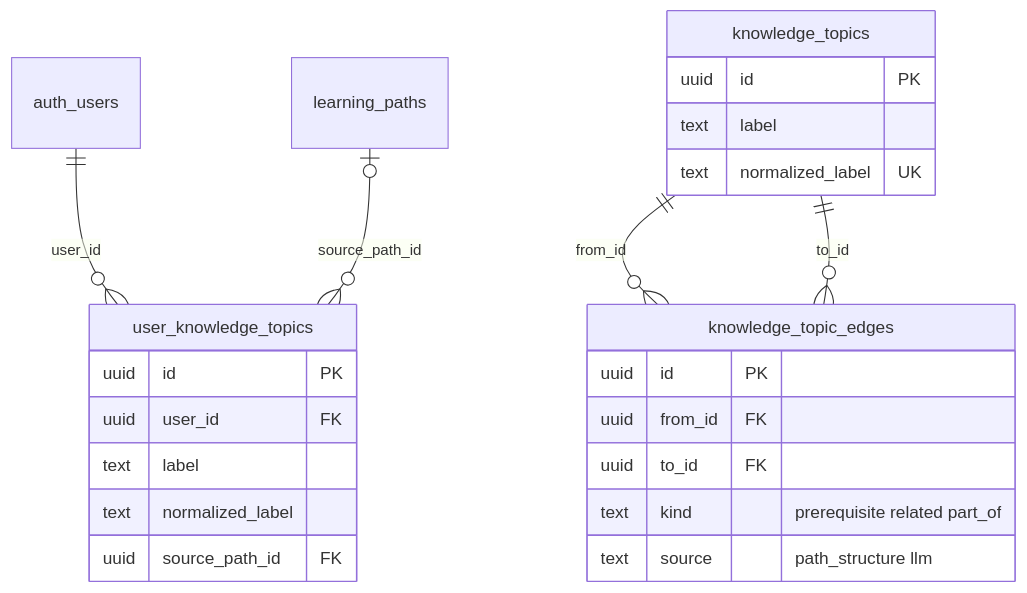
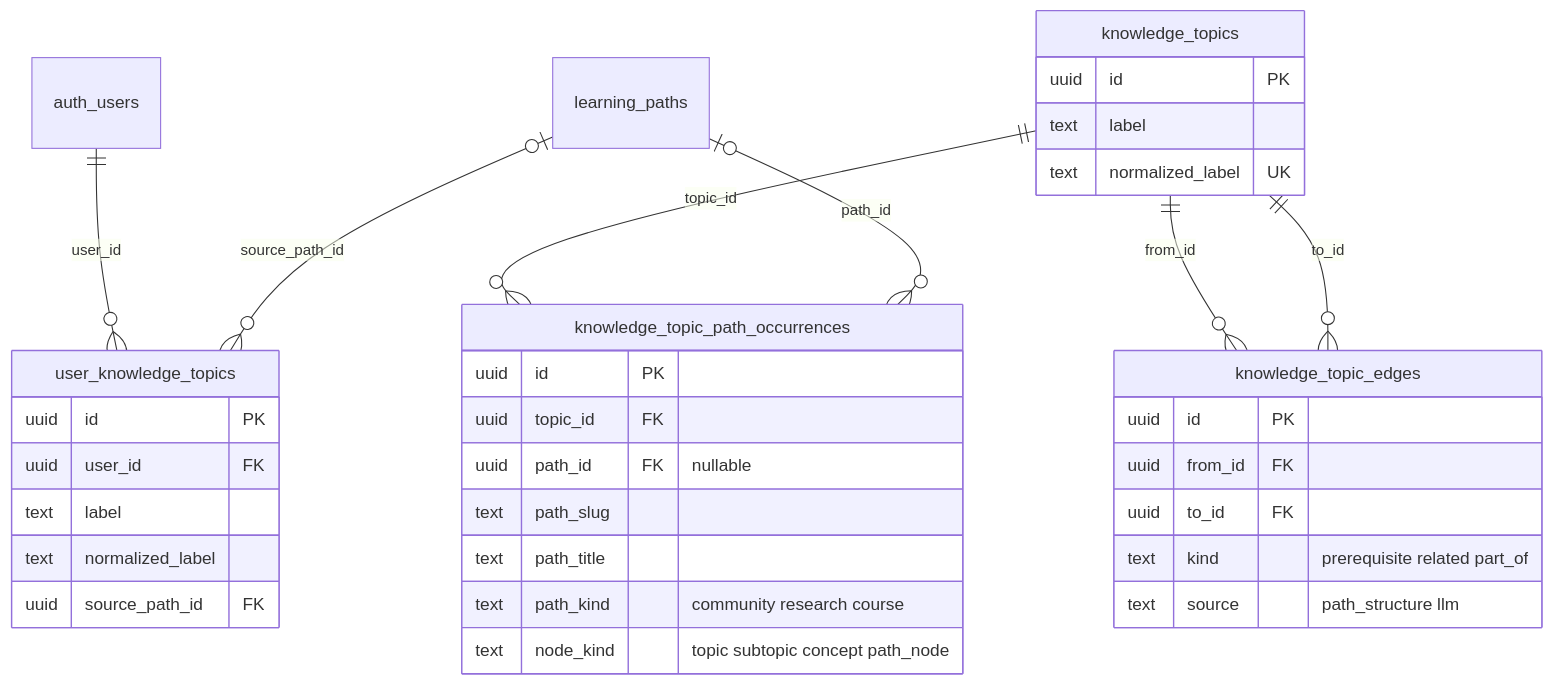
One commit to coursetexts/notion-site changed the eighth of 10 diagrams in docs/database.md. Above: the diagram before and after it, drawn with Mermaid. The commit also changed other lines of this file and 33 other files, not shown here.

Commit message:
Make the catalog type a visible filter on /all-courses, and ship a public knowledge-graph snapshot so recurring topics can be browsed without harvesting on load.

````diff
--- a/docs/database.md
+++ b/docs/database.md
@@ -453,29 +456,41 @@
 ```mermaid
 erDiagram
   auth_users ||--o{ user_knowledge_topics : "user_id"
   learning_paths |o--o{ user_knowledge_topics : "source_path_id"
   knowledge_topics ||--o{ knowledge_topic_edges : "from_id"
   knowledge_topics ||--o{ knowledge_topic_edges : "to_id"
+  knowledge_topics ||--o{ knowledge_topic_path_occurrences : "topic_id"
+  learning_paths |o--o{ knowledge_topic_path_occurrences : "path_id"
 
   user_knowledge_topics {
     uuid id PK
     uuid user_id FK
     text label
     text normalized_label
     uuid source_path_id FK
   }
 
   knowledge_topics {
     uuid id PK
     text label
     text normalized_label UK
   }
 
   knowledge_topic_edges {
     uuid id PK
     uuid from_id FK
     uuid to_id FK
     text kind "prerequisite related part_of"
     text source "path_structure llm"
   }
+
+  knowledge_topic_path_occurrences {
+    uuid id PK
+    uuid topic_id FK
+    uuid path_id FK "nullable"
+    text path_slug
+    text path_title
+    text path_kind "community research course"
+    text node_kind "topic subtopic concept path_node"
+  }
 ```
````
